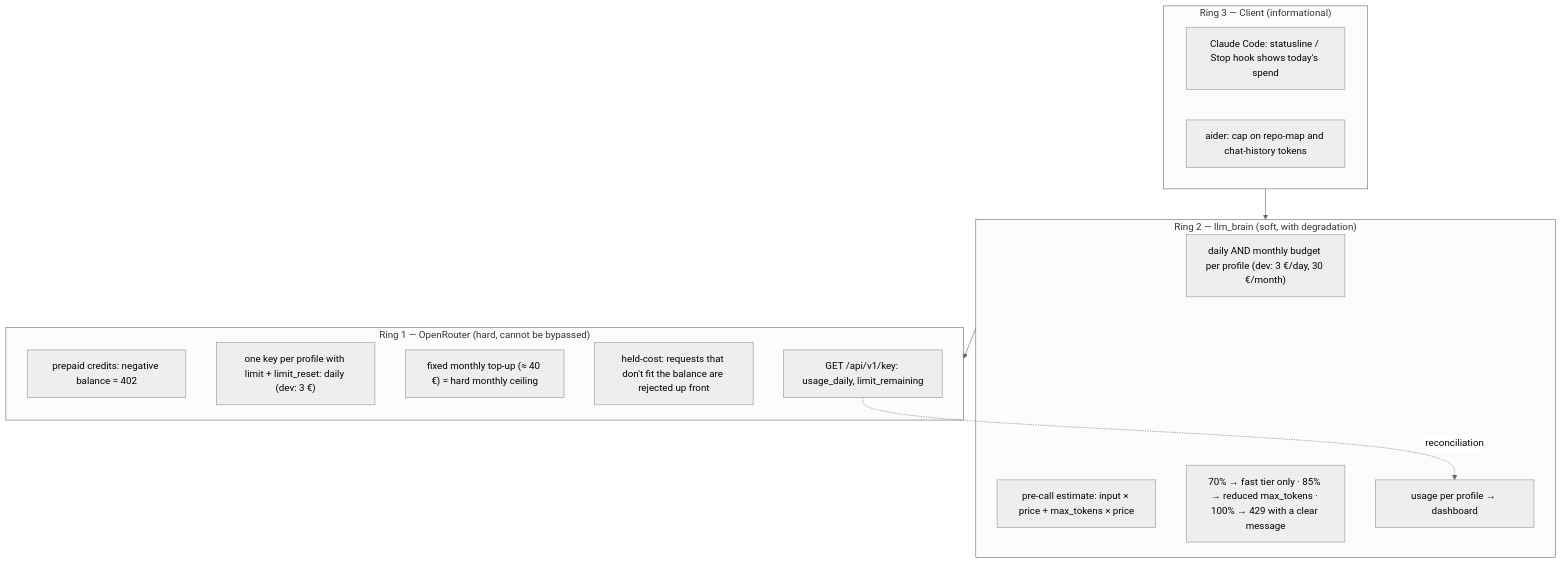
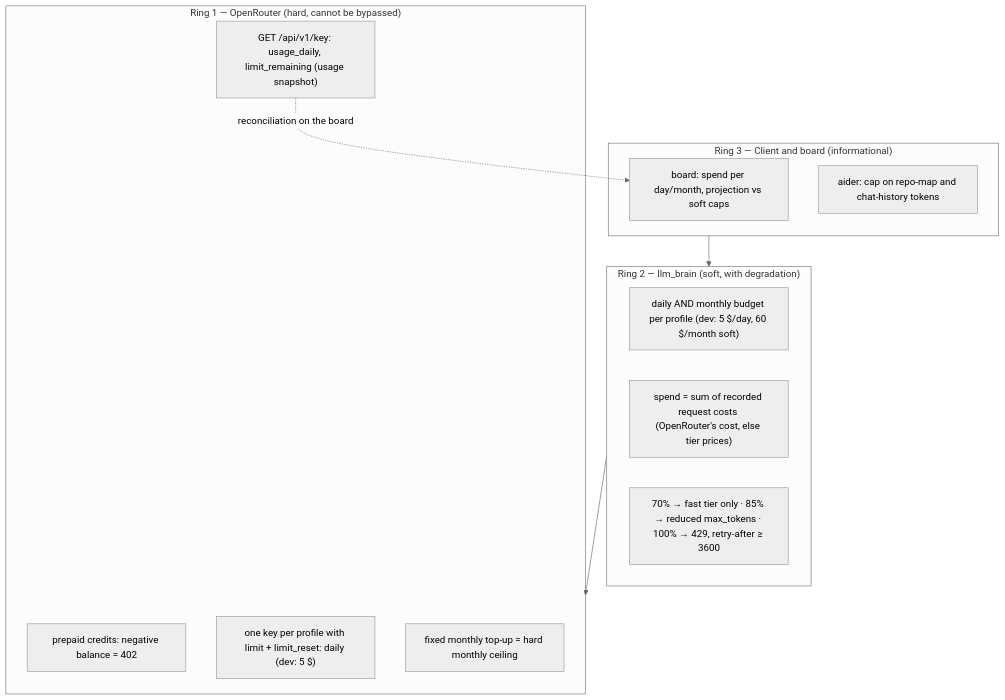
One commit to pjcau/llm_brain changed the diagram in docs/architecture/budget.md. Above: the diagram before and after it, drawn with Mermaid (neutral theme). The commit also changed other lines of this file and 42 other files, not shown here.

````diff
--- a/docs/architecture/budget.md
+++ b/docs/architecture/budget.md
@@ -31,22 +30,20 @@
 ```mermaid
 flowchart TB
-    subgraph R3["Ring 3 — Client (informational)"]
-        C1["Claude Code: statusline / Stop hook shows today's spend"]
+    subgraph R3["Ring 3 — Client and board (informational)"]
+        C1["board: spend per day/month, projection vs soft caps"]
         C2["aider: cap on repo-map and chat-history tokens"]
     end
     subgraph R2["Ring 2 — llm_brain (soft, with degradation)"]
-        B1["daily AND monthly budget per profile (dev: 3 €/day, 30 €/month)"]
-        B2["pre-call estimate: input × price + max_tokens × price"]
-        B3["70% → fast tier only · 85% → reduced max_tokens · 100% → 429 with a clear message"]
-        B4["usage per profile → dashboard"]
+        B1["daily AND monthly budget per profile (dev: 5 $/day, 60 $/month soft)"]
+        B2["spend = sum of recorded request costs (OpenRouter's cost, else tier prices)"]
+        B3["70% → fast tier only · 85% → reduced max_tokens · 100% → 429, retry-after ≥ 3600"]
     end
     subgraph R1["Ring 1 — OpenRouter (hard, cannot be bypassed)"]
         O1["prepaid credits: negative balance = 402"]
-        O2["one key per profile with limit + limit_reset: daily (dev: 3 €)"]
-        O5["fixed monthly top-up (≈ 40 €) = hard monthly ceiling"]
-        O3["held-cost: requests that don't fit the balance are rejected up front"]
-        O4["GET /api/v1/key: usage_daily, limit_remaining"]
+        O2["one key per profile with limit + limit_reset: daily (dev: 5 $)"]
+        O5["fixed monthly top-up = hard monthly ceiling"]
+        O4["GET /api/v1/key: usage_daily, limit_remaining (usage snapshot)"]
     end
     R3 --> R2 --> R1
-    O4 -. "reconciliation" .-> B4
+    O4 -. "reconciliation on the board" .-> C1
 ```
````
